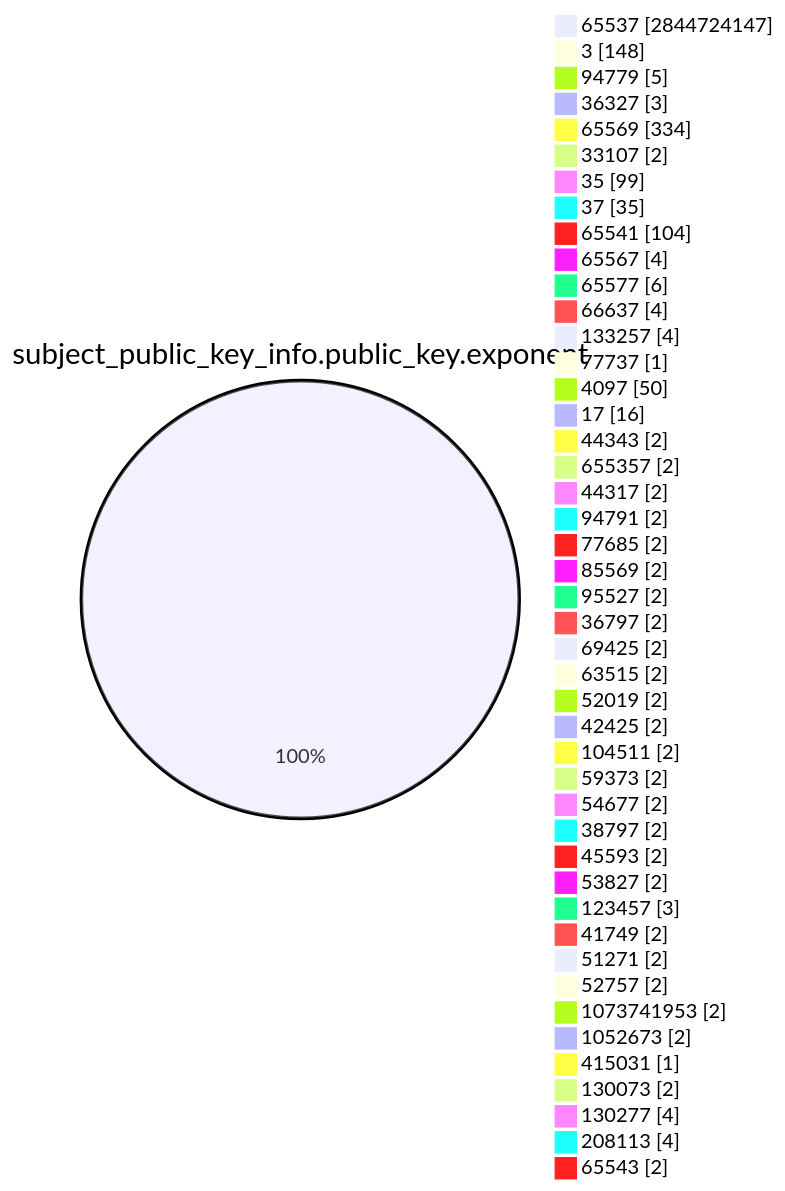
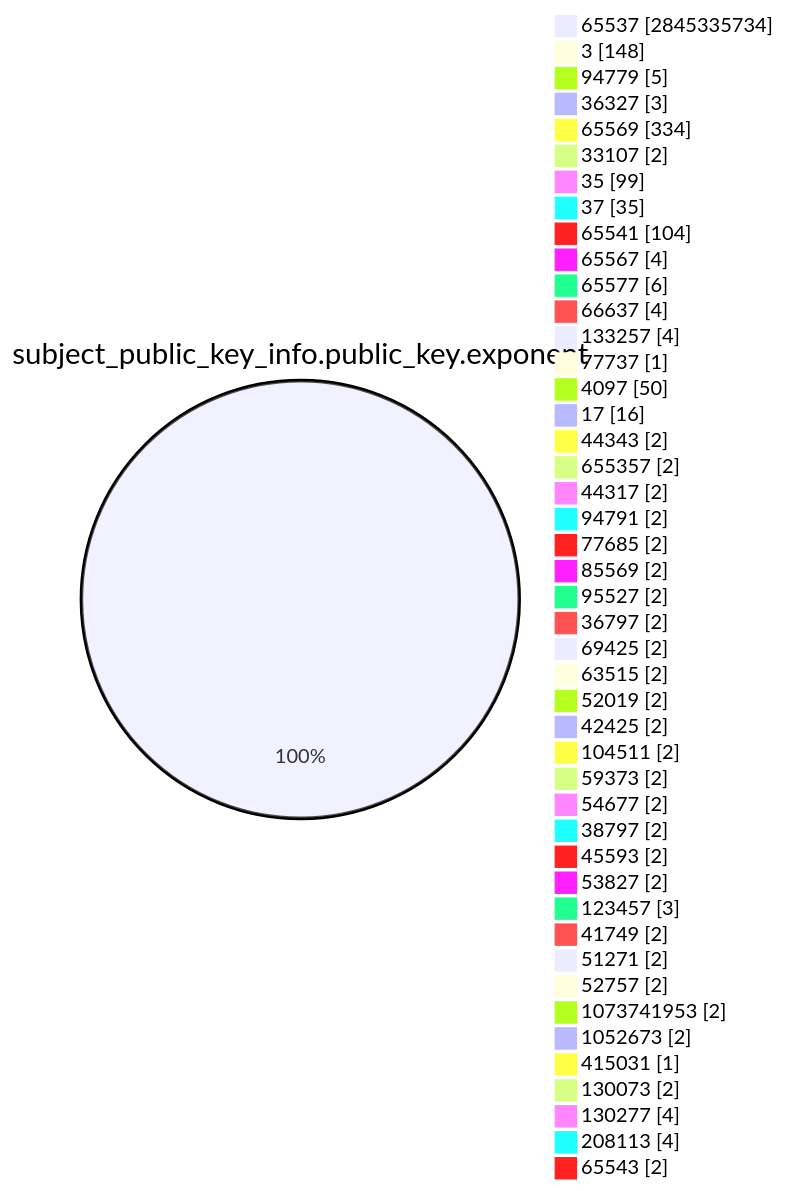
One commit to christiankrug/ctmonitor_visualization changed the fourth of 15 diagrams in TOTAL/README.md. Above: the diagram before and after it, drawn with Mermaid. The commit also changed other lines of this file, not shown here.

````diff
--- a/TOTAL/README.md
+++ b/TOTAL/README.md
@@ -1468,49 +1468,49 @@
 ```mermaid
 pie showData
 title subject_public_key_info.public_key.exponent
-"65537" :2844724147
+"65537" :2845335734
 "3" :148
 "94779" :5
 "36327" :3
 "65569" :334
 "33107" :2
 "35" :99
 "37" :35
 "65541" :104
 "65567" :4
 "65577" :6
 "66637" :4
 "133257" :4
 "77737" :1
 "4097" :50
 "17" :16
 "44343" :2
 "655357" :2
 "44317" :2
 "94791" :2
 "77685" :2
 "85569" :2
 "95527" :2
 "36797" :2
 "69425" :2
 "63515" :2
 "52019" :2
 "42425" :2
 "104511" :2
 "59373" :2
 "54677" :2
 "38797" :2
 "45593" :2
 "53827" :2
 "123457" :3
 "41749" :2
 "51271" :2
 "52757" :2
 "1073741953" :2
 "1052673" :2
 "415031" :1
 "130073" :2
 "130277" :4
 "208113" :4
 "65543" :2
 ```
````
